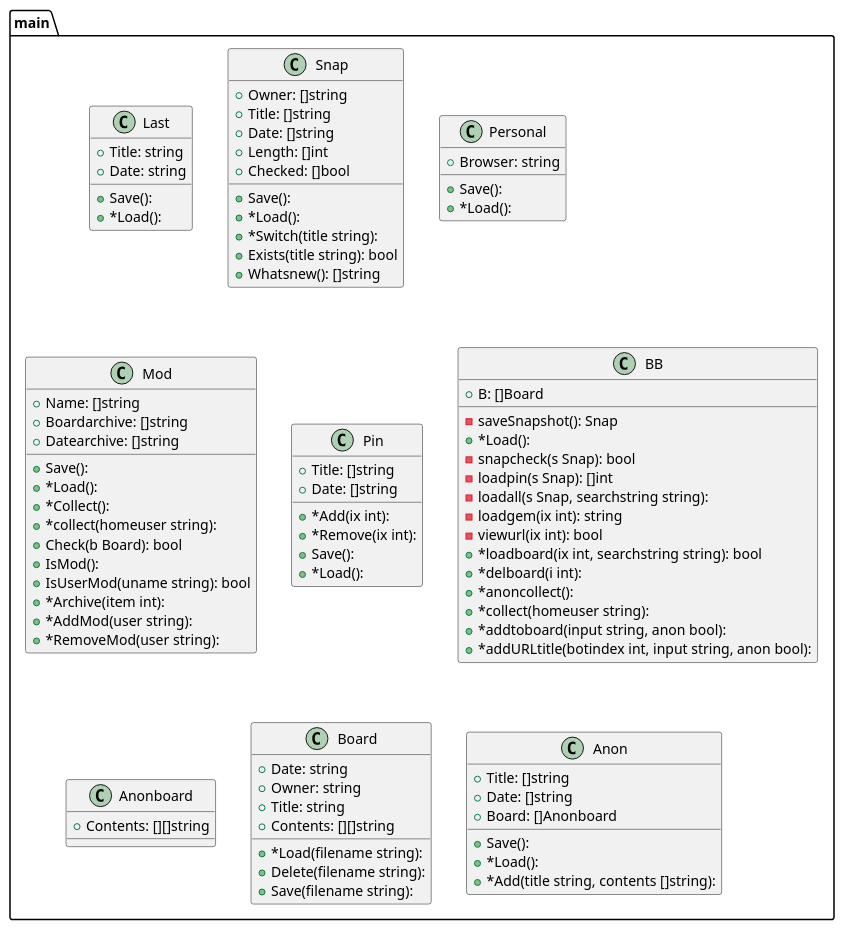
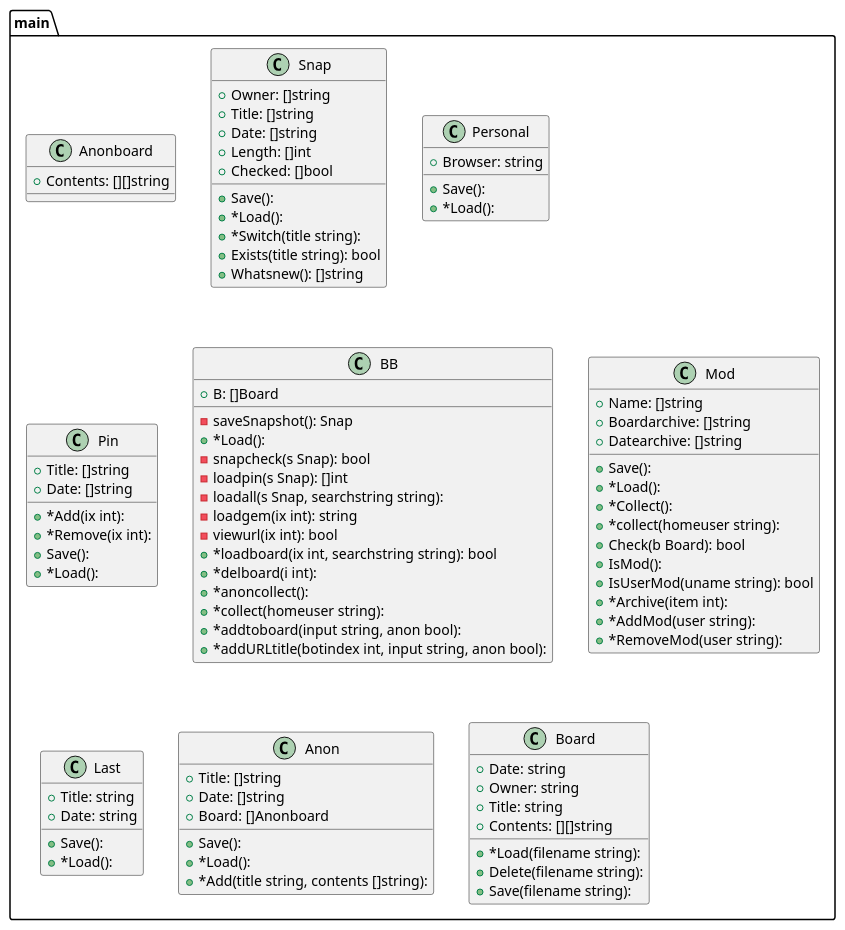
One commit to tbal999/bb changed the diagram in graph.puml. Above: the diagram before and after it, drawn with PlantUML. The commit also changed other lines of this file and 1 other file, not shown here.

```diff
--- a/graph.puml
+++ b/graph.puml
@@ -1,104 +1,104 @@
 @startuml
 package ...main{
-class Last {
-+Title: string
-+Date: string
-+Save(): 
-+*Load(): 
+class Anonboard {
++Contents: [][]string
+
 }
 }
 package ...main{
 class Snap {
 +Owner: []string
 +Title: []string
 +Date: []string
 +Length: []int
 +Checked: []bool
 +Save(): 
 +*Load(): 
 +*Switch(title string): 
 +Exists(title string): bool
 +Whatsnew(): []string
 }
 }
 package ...main{
 class Personal {
 +Browser: string
 +Save(): 
 +*Load(): 
-}
-}
-package ...main{
-class Mod {
-+Name: []string
-+Boardarchive: []string
-+Datearchive: []string
-+Save(): 
-+*Load(): 
-+*Collect(): 
-+*collect(homeuser string): 
-+Check(b Board): bool
-+IsMod(): 
-+IsUserMod(uname string): bool
-+*Archive(item int): 
-+*AddMod(user string): 
-+*RemoveMod(user string): 
 }
 }
 package ...main{
 class Pin {
 +Title: []string
 +Date: []string
 +*Add(ix int): 
 +*Remove(ix int): 
 +Save(): 
 +*Load(): 
 }
 }
 package ...main{
 class BB {
 +B: []Board
 -saveSnapshot(): Snap
 +*Load(): 
 -snapcheck(s Snap): bool
 -loadpin(s Snap): []int
 -loadall(s Snap, searchstring string): 
 -loadgem(ix int): string
 -viewurl(ix int): bool
 +*loadboard(ix int, searchstring string): bool
 +*delboard(i int): 
 +*anoncollect(): 
 +*collect(homeuser string): 
 +*addtoboard(input string, anon bool): 
 +*addURLtitle(botindex int, input string, anon bool): 
 }
 }
 package ...main{
-class Anonboard {
-+Contents: [][]string
-
+class Mod {
++Name: []string
++Boardarchive: []string
++Datearchive: []string
++Save(): 
++*Load(): 
++*Collect(): 
++*collect(homeuser string): 
++Check(b Board): bool
++IsMod(): 
++IsUserMod(uname string): bool
++*Archive(item int): 
++*AddMod(user string): 
++*RemoveMod(user string): 
+}
+}
+package ...main{
+class Last {
++Title: string
++Date: string
++Save(): 
++*Load(): 
+}
+}
+package ...main{
+class Anon {
++Title: []string
++Date: []string
++Board: []Anonboard
++Save(): 
++*Load(): 
++*Add(title string, contents []string): 
 }
 }
 package ...main{
 class Board {
 +Date: string
 +Owner: string
 +Title: string
 +Contents: [][]string
 +*Load(filename string): 
 +Delete(filename string): 
 +Save(filename string): 
 }
 }
-package ...main{
-class Anon {
-+Title: []string
-+Date: []string
-+Board: []Anonboard
-+Save(): 
-+*Load(): 
-+*Add(title string, contents []string): 
-}
-}
 
 @enduml
```
